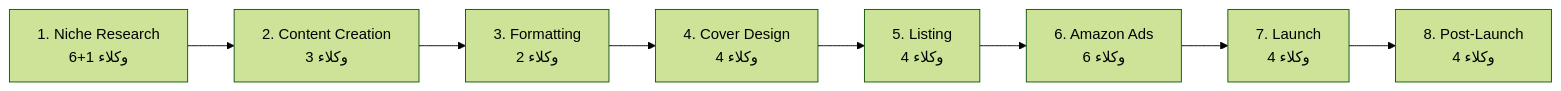
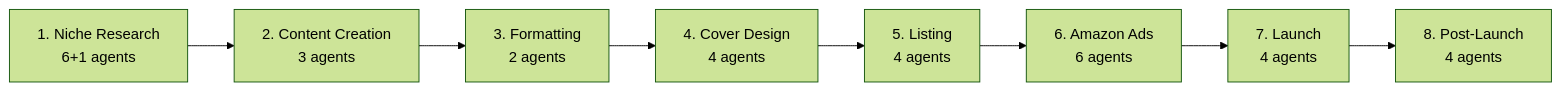
Before and after one commit to saiedpod-bot/-KDP-Research-Pipeline: the diagram in README.md, drawn with Mermaid (forest theme). The commit also changed other lines of this file, not shown here.

Commit message:
Translate README to English; restore badges, tables, and professional formatting

````diff
--- a/README.md
+++ b/README.md
@@ -361,10 +361,10 @@
 ```mermaid
 graph LR
-    A[1. Niche Research<br>6+1 وكلاء] --> B[2. Content Creation<br>3 وكلاء]
-    B --> C[3. Formatting<br>2 وكلاء]
-    C --> D[4. Cover Design<br>4 وكلاء]
-    D --> E[5. Listing<br>4 وكلاء]
-    E --> F[6. Amazon Ads<br>6 وكلاء]
-    F --> G[7. Launch<br>4 وكلاء]
-    G --> H[8. Post-Launch<br>4 وكلاء]
+    A[1. Niche Research<br>6+1 agents] --> B[2. Content Creation<br>3 agents]
+    B --> C[3. Formatting<br>2 agents]
+    C --> D[4. Cover Design<br>4 agents]
+    D --> E[5. Listing<br>4 agents]
+    E --> F[6. Amazon Ads<br>6 agents]
+    F --> G[7. Launch<br>4 agents]
+    G --> H[8. Post-Launch<br>4 agents]
 ```
````
